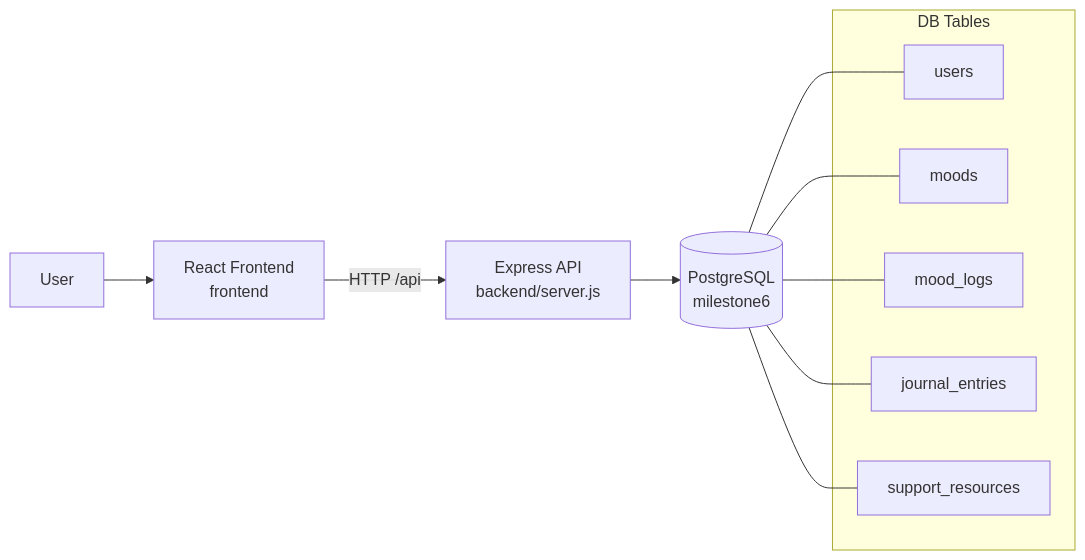
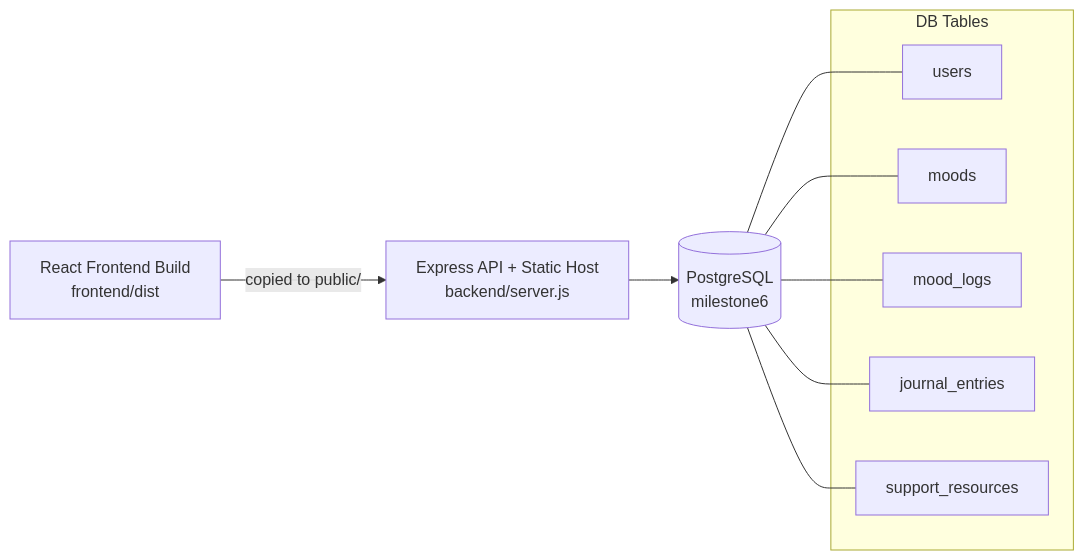
Before and after one commit to mmmorg15/Milestone_6: the diagram in README.md, drawn with Mermaid. The commit also changed other lines of this file and 16 other files, not shown here.

````diff
--- a/README.md
+++ b/README.md
@@ -17,21 +17,19 @@
 ```mermaid
 flowchart LR
-  USER[User] --> A[React Frontend\nfrontend]
-
-  A -->|HTTP /api| B[Express API\nbackend/server.js]
+  A[React Frontend Build\nfrontend/dist] -->|copied to public/| B[Express API + Static Host\nbackend/server.js]
   B --> C[(PostgreSQL\nmilestone6)]
 
   subgraph DB Tables
     U[users]
     M[moods]
     ML[mood_logs]
     J[journal_entries]
     R[support_resources]
   end
 
   C --- U
   C --- M
   C --- ML
   C --- J
   C --- R
 ```
````
